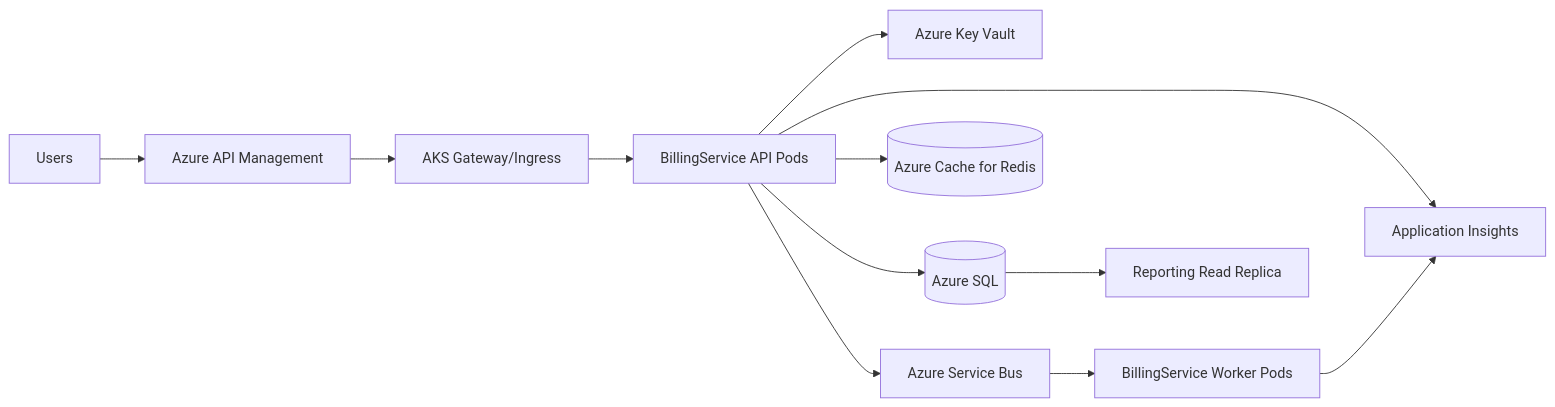
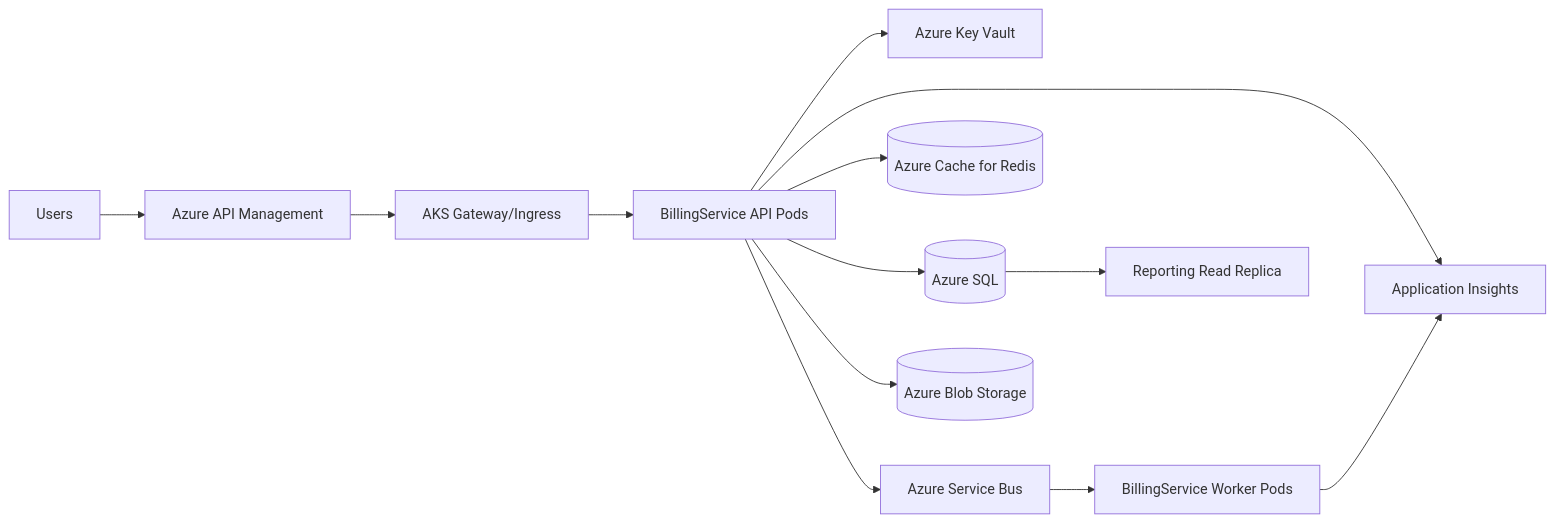
The second of 5 diagrams in docs/billingservice-modernization/architecture-diagrams.md (pavan-anandam-rethink/BillAI), drawn with Mermaid before and after one commit. The commit also changed other lines of this file and 27 other files, not shown here.

````diff
--- a/docs/billingservice-modernization/architecture-diagrams.md
+++ b/docs/billingservice-modernization/architecture-diagrams.md
@@ -24,14 +27,15 @@
 ```mermaid
 flowchart LR
     User[Users] --> APIM[Azure API Management]
     APIM --> Ingress[AKS Gateway/Ingress]
     Ingress --> Pods[BillingService API Pods]
     Pods --> KeyVault[Azure Key Vault]
     Pods --> SQL[(Azure SQL)]
     Pods --> Redis[(Azure Cache for Redis)]
     Pods --> Bus[Azure Service Bus]
+    Pods --> Blob[(Azure Blob Storage)]
     Bus --> Workers[BillingService Worker Pods]
     Pods --> AppInsights[Application Insights]
     Workers --> AppInsights
     SQL --> Reports[Reporting Read Replica]
 ```
````
